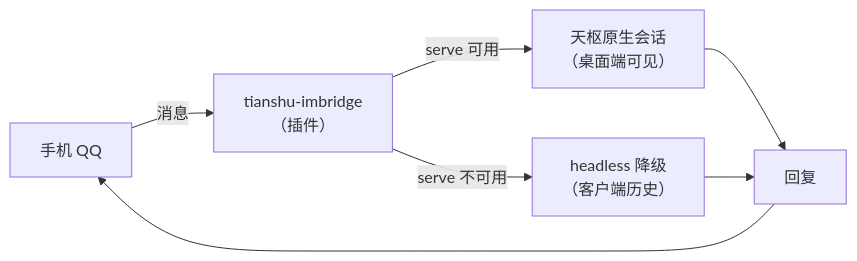
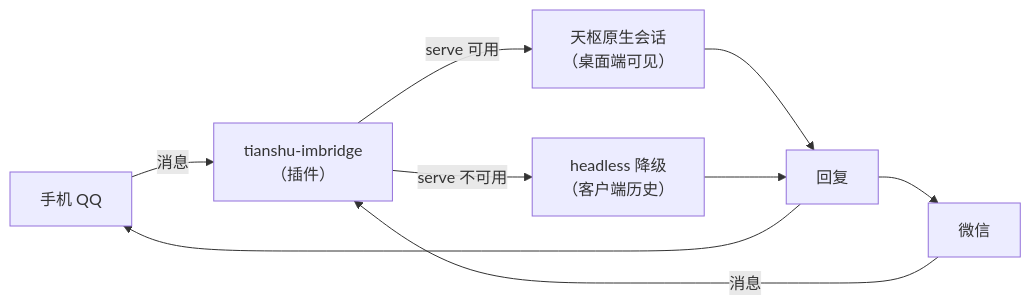
Before and after one commit to huiliyi37/Tianshu-harness: the diagram in plugins/tianshu-imbridge/README.md, drawn with Mermaid. The commit also changed other lines of this file and 86 other files, not shown here.

````diff
--- a/plugins/tianshu-imbridge/README.md
+++ b/plugins/tianshu-imbridge/README.md
@@ -22,9 +40,11 @@
 ```mermaid
 flowchart LR
   QQ["手机 QQ"] -->|消息| P["tianshu-imbridge<br/>（插件）"]
+  WX["微信"] -->|消息| P
   P -->|"serve 可用"| S["天枢原生会话<br/>（桌面端可见）"]
   P -->|"serve 不可用"| H["headless 降级<br/>（客户端历史）"]
   S --> R["回复"]
   H --> R
   R --> QQ
+  R --> WX
 ```
````
